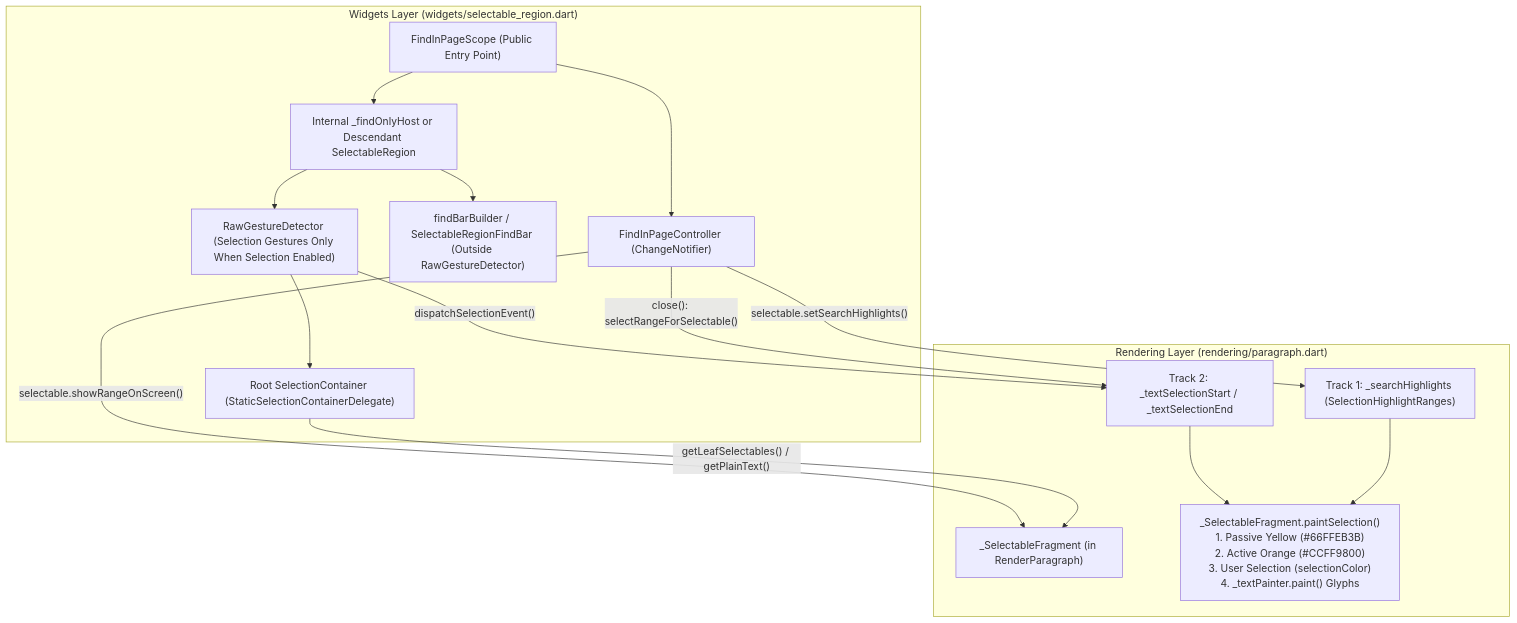
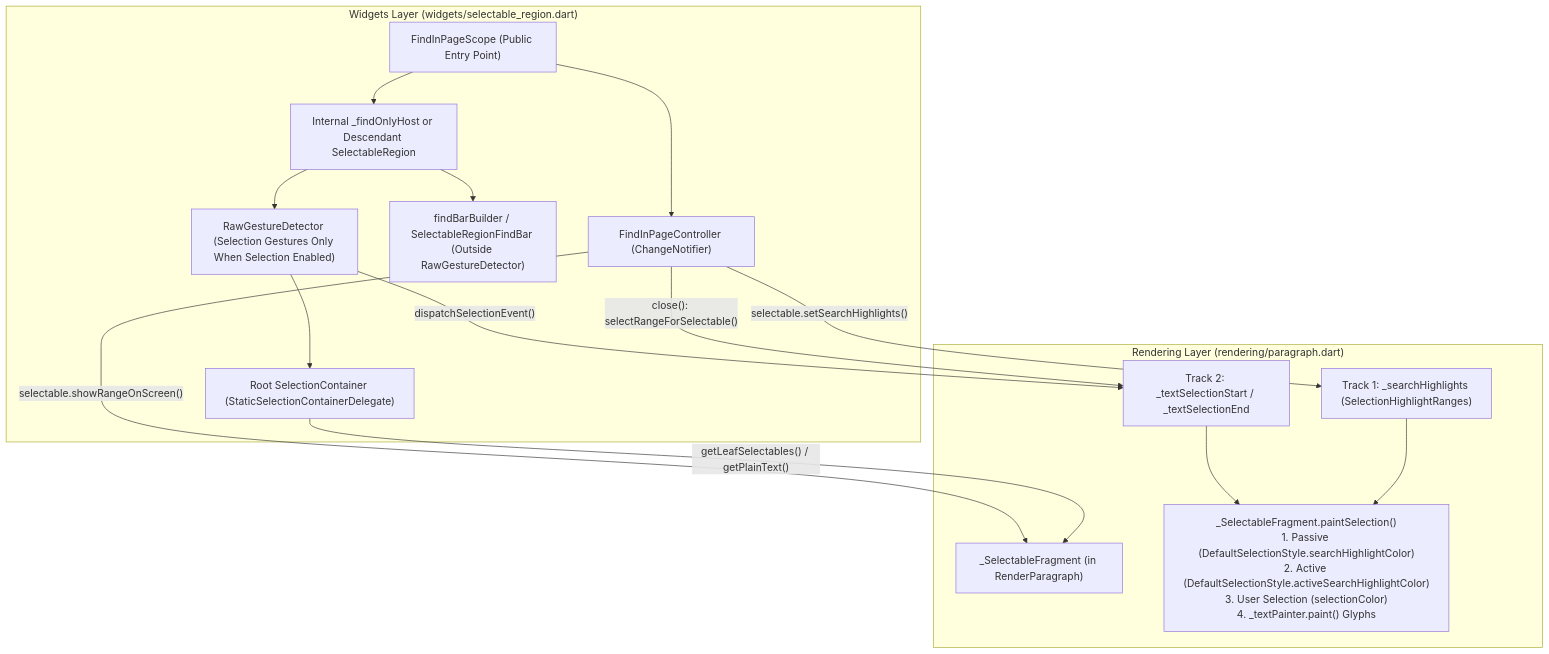
Before and after one commit to flutter/rfc: the diagram in rfc/170.0000-find-in-page.md, drawn with Mermaid. The commit also changed other lines of this file, not shown here.

````diff
--- a/rfc/170.0000-find-in-page.md
+++ b/rfc/170.0000-find-in-page.md
@@ -82,31 +83,31 @@
 ```mermaid
 flowchart TD
     subgraph Widgets["Widgets Layer (widgets/selectable_region.dart)"]
         Scope["FindInPageScope (Public Entry Point)"]
         Controller["FindInPageController (ChangeNotifier)"]
         Region["Internal _findOnlyHost or Descendant SelectableRegion"]
         FindBar["findBarBuilder / SelectableRegionFindBar (Outside RawGestureDetector)"]
         Gesture["RawGestureDetector (Selection Gestures Only When Selection Enabled)"]
         RootContainer["Root SelectionContainer (StaticSelectionContainerDelegate)"]
     end
 
     subgraph Rendering["Rendering Layer (rendering/paragraph.dart)"]
         Fragment["_SelectableFragment (in RenderParagraph)"]
         FindState["Track 1: _searchHighlights (SelectionHighlightRanges)"]
         SelState["Track 2: _textSelectionStart / _textSelectionEnd"]
-        Paint["_SelectableFragment.paintSelection()\n1. Passive Yellow (#66FFEB3B)\n2. Active Orange (#CCFF9800)\n3. User Selection (selectionColor)\n4. _textPainter.paint() Glyphs"]
+        Paint["_SelectableFragment.paintSelection()\n1. Passive (DefaultSelectionStyle.searchHighlightColor)\n2. Active (DefaultSelectionStyle.activeSearchHighlightColor)\n3. User Selection (selectionColor)\n4. _textPainter.paint() Glyphs"]
     end
 
     Scope --> Region
     Scope --> Controller
     Region --> FindBar
     Region --> Gesture
     Gesture --> RootContainer
     RootContainer -->|"getLeafSelectables() / getPlainText()"| Fragment
     Controller -->|"selectable.setSearchHighlights()"| FindState
     Controller -->|"selectable.showRangeOnScreen()"| Fragment
     Controller -->|"close(): selectRangeForSelectable()"| SelState
     Gesture -->|"dispatchSelectionEvent()"| SelState
     FindState --> Paint
     SelState --> Paint
 ```
````
